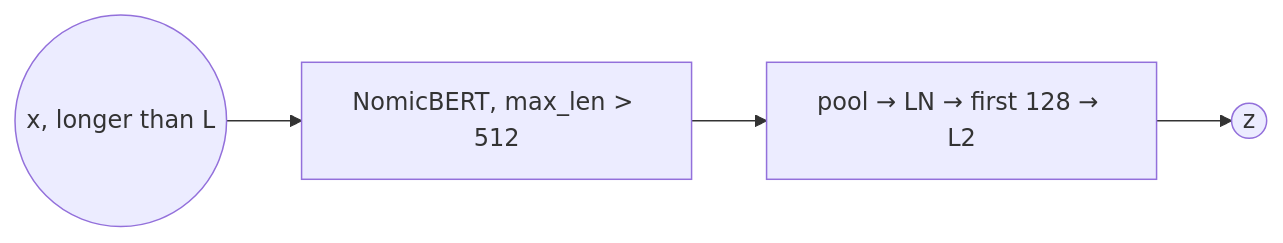
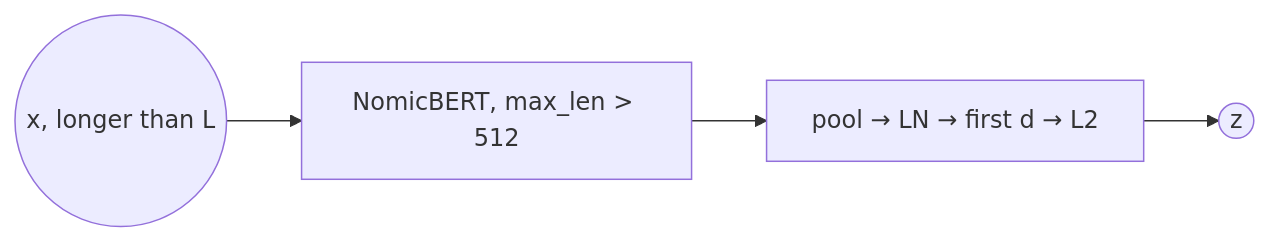
The third of 3 diagrams in docs/architecture/text_encoder.md (kestelnadomu/latent_intervention), drawn with Mermaid before and after one commit. The commit also changed other lines of this file and 4 other files, not shown here.

````diff
--- a/docs/architecture/text_encoder.md
+++ b/docs/architecture/text_encoder.md
@@ -185,4 +211,4 @@
 ```mermaid
 flowchart LR
-  x(("x, longer than L")) --> N["NomicBERT, max_len > 512"] --> post["pool → LN → first 128 → L2"] --> z((z))
+  x(("x, longer than L")) --> N["NomicBERT, max_len > 512"] --> post["pool → LN → first d → L2"] --> z((z))
 ```
````
